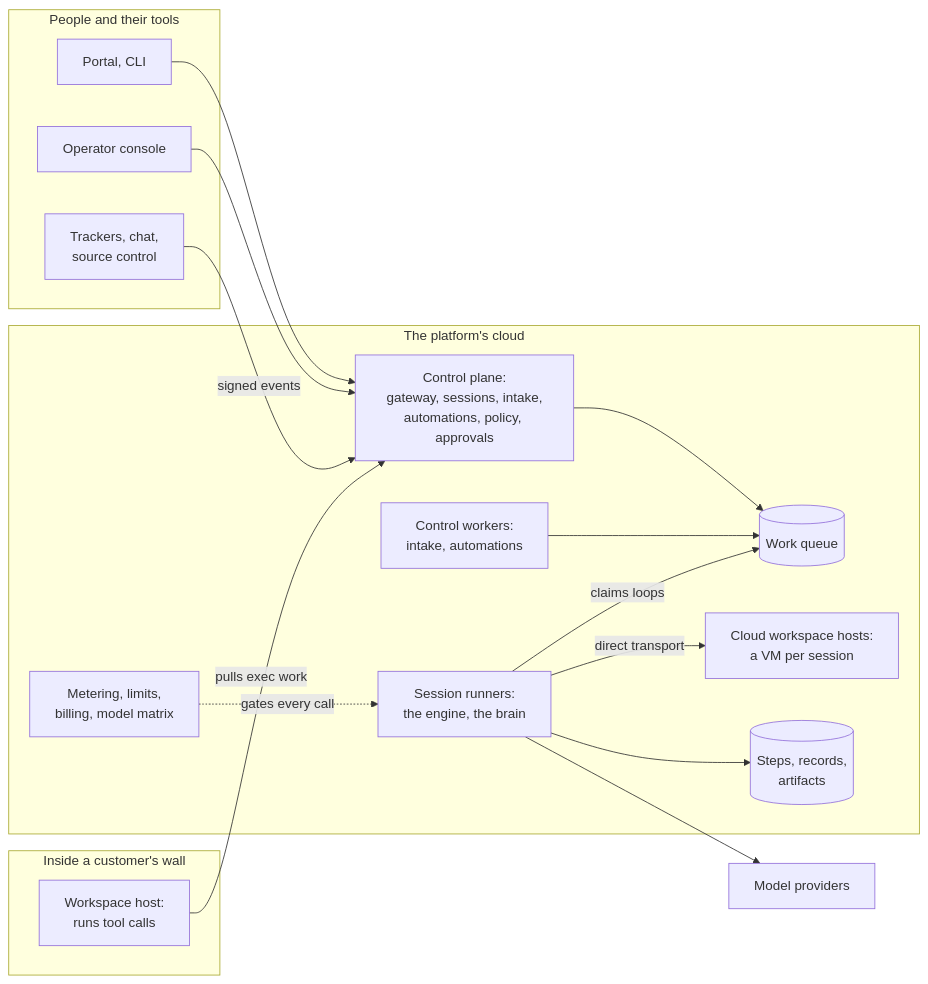
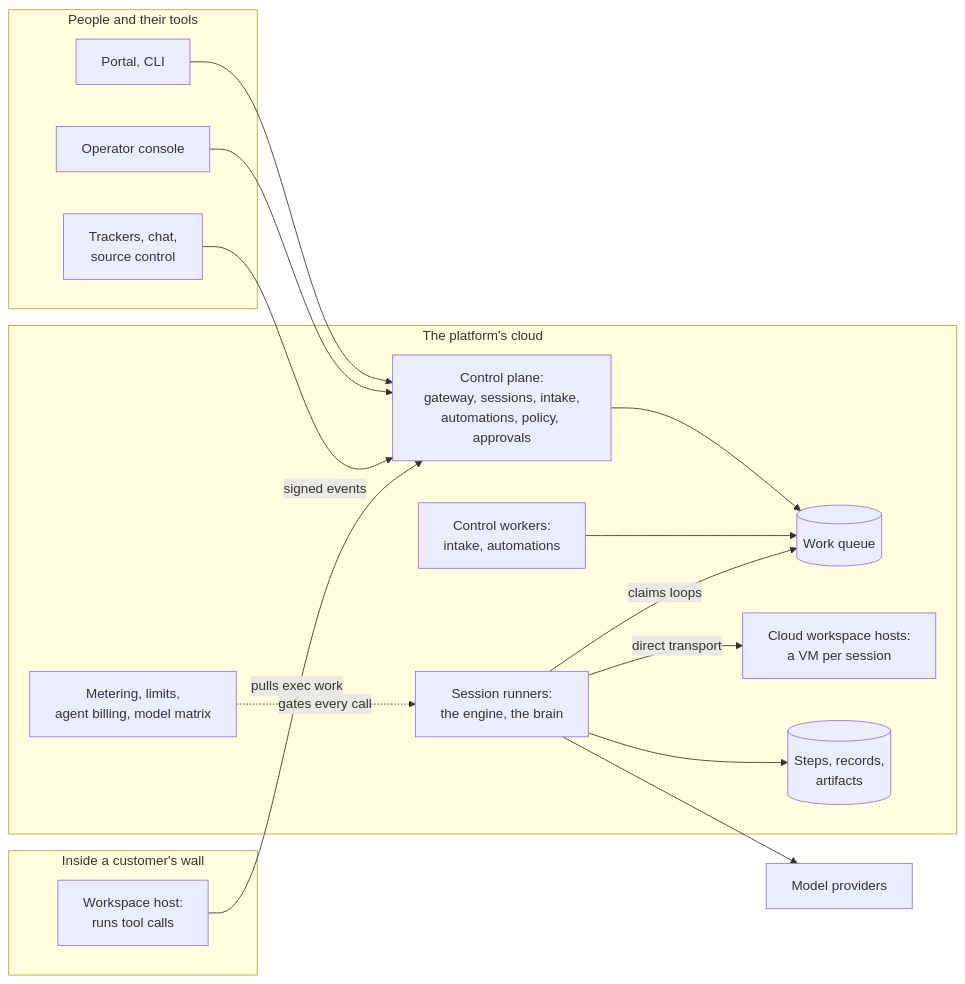
The diagram in distro_gentic_spec.md (baristaze/distro_gentic), drawn with Mermaid before and after one commit. The commit also changed other lines of this file and 116 other files, not shown here.

First line of the commit message:
Agent billing keeps spend accounts on unit plans, and intake links identities

````diff
--- a/distro_gentic_spec.md
+++ b/distro_gentic_spec.md
@@ -144,33 +144,33 @@
 ```mermaid
 flowchart LR
     subgraph Outside [People and their tools]
         Apps[Portal, CLI]
         Ops[Operator console]
         Ext[Trackers, chat,<br/>source control]
     end
     subgraph Cloud [The platform's cloud]
         CP[Control plane:<br/>gateway, sessions, intake,<br/>automations, policy, approvals]
         CW[Control workers:<br/>intake, automations]
         Q[(Work queue)]
         SR[Session runners:<br/>the engine, the brain]
         CWS[Cloud workspace hosts:<br/>a VM per session]
         Rec[(Steps, records,<br/>artifacts)]
-        Money[Metering, limits,<br/>billing, model matrix]
+        Money[Metering, limits,<br/>agent billing, model matrix]
     end
     subgraph Wall [Inside a customer's wall]
         WH[Workspace host:<br/>runs tool calls]
     end
     LLM[Model providers]
 
     Apps --> CP
     Ops --> CP
     Ext -->|signed events| CP
     CP --> Q
     CW --> Q
     SR -->|claims loops| Q
     SR -->|direct transport| CWS
     WH -->|pulls exec work| CP
     SR --> LLM
     SR --> Rec
     Money -.->|gates every call| SR
 ```
````
